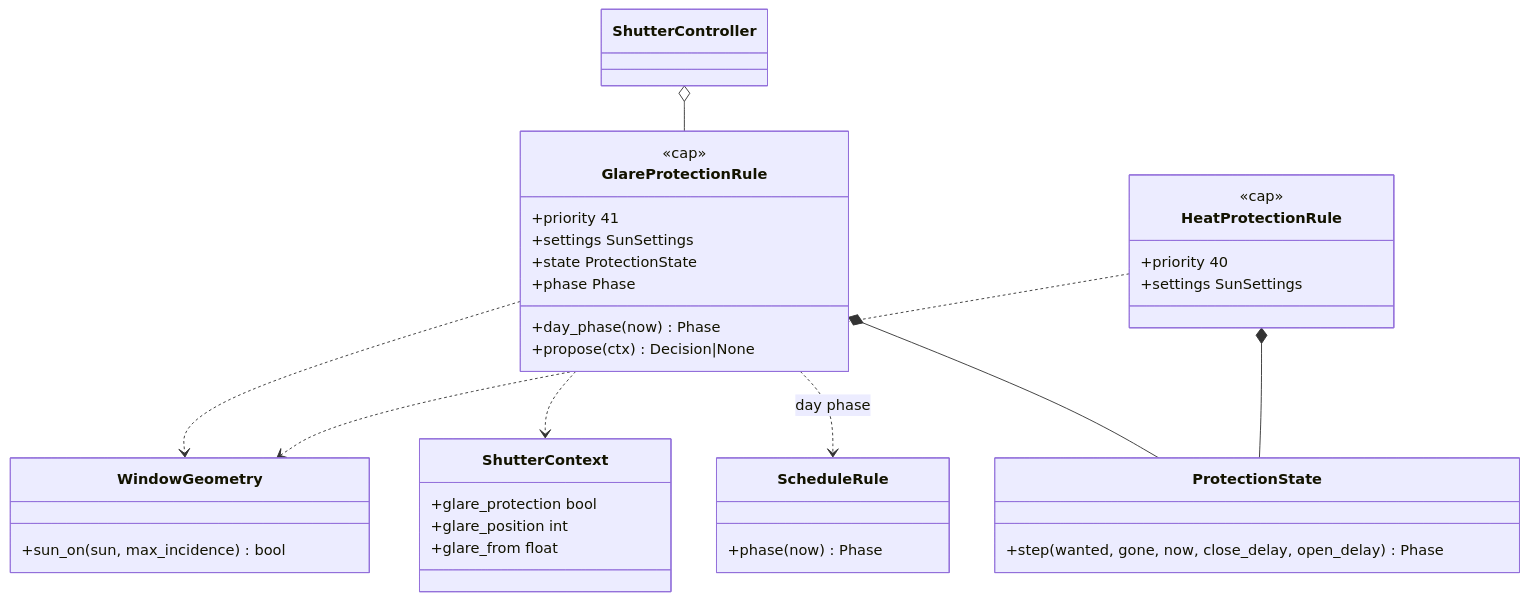
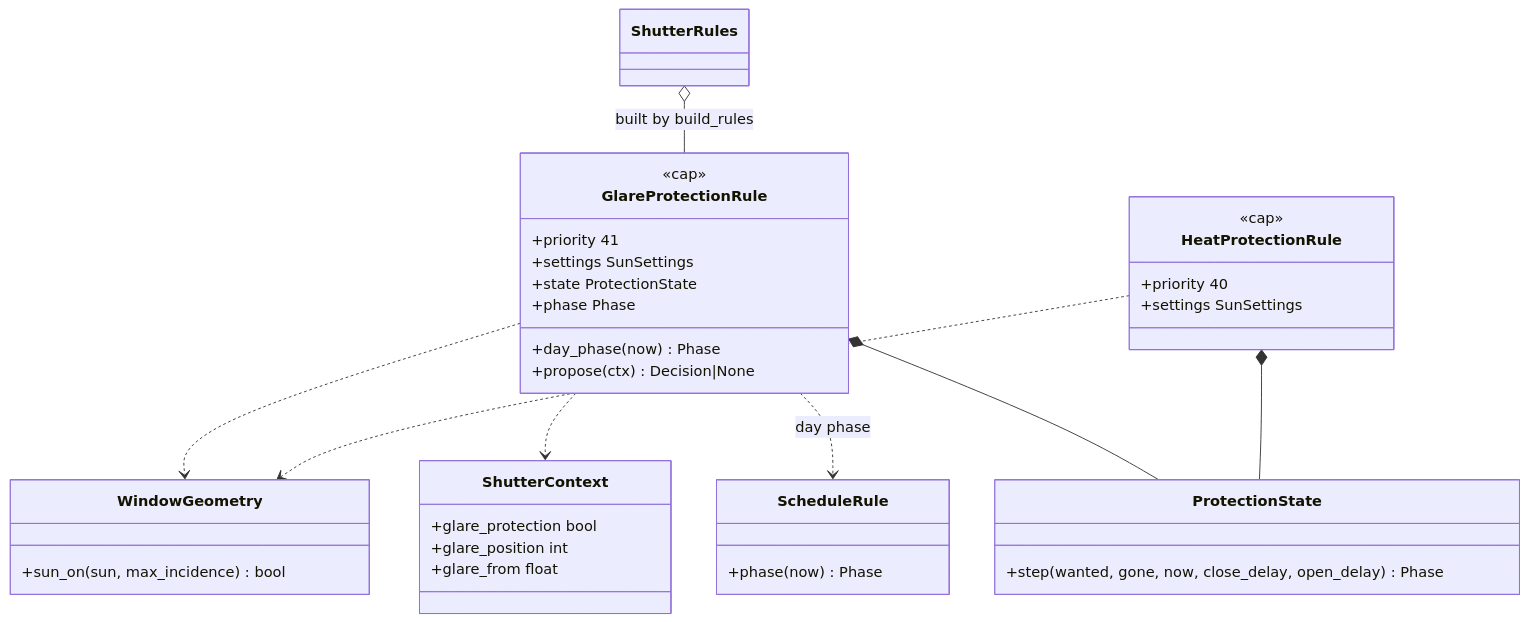
Before and after one commit to abroeders/smart-shutter-control: diagram 24 of 46 in docs/architecture.md, drawn with Mermaid. The commit also changed other lines of this file and 35 other files, not shown here.

````diff
--- a/docs/architecture.md
+++ b/docs/architecture.md
@@ -920,38 +924,38 @@
 ```mermaid
 classDiagram
     class GlareProtectionRule {
         <<cap>>
         +priority 41
         +settings SunSettings
         +day_phase(now) Phase
         +state ProtectionState
         +phase Phase
         +propose(ctx) Decision|None
     }
     class ProtectionState {
         +step(wanted, gone, now, close_delay, open_delay) Phase
     }
     class HeatProtectionRule {
         <<cap>>
         +priority 40
         +settings SunSettings
     }
     class WindowGeometry {
         +sun_on(sun, max_incidence) bool
     }
     class ShutterContext {
         +glare_protection bool
         +glare_position int
         +glare_from float
     }
     class ScheduleRule {
         +phase(now) Phase
     }
     GlareProtectionRule ..> WindowGeometry
     HeatProtectionRule ..> WindowGeometry
     GlareProtectionRule ..> ShutterContext
     GlareProtectionRule ..> ScheduleRule : day phase
     GlareProtectionRule *-- ProtectionState
     HeatProtectionRule *-- ProtectionState
-    ShutterController o-- GlareProtectionRule
+    ShutterRules o-- GlareProtectionRule : built by build_rules
 ```
````
